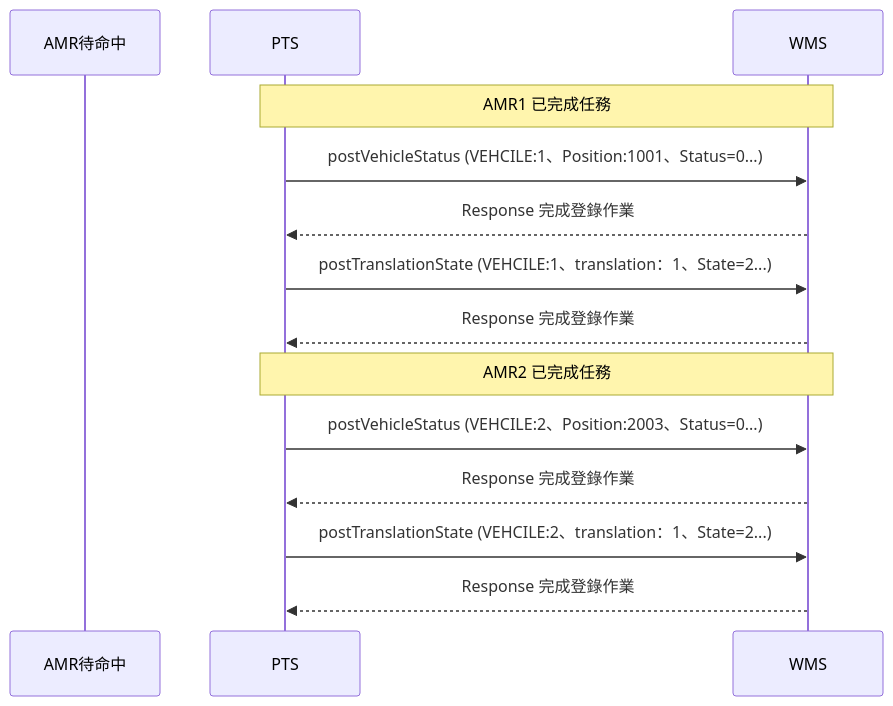
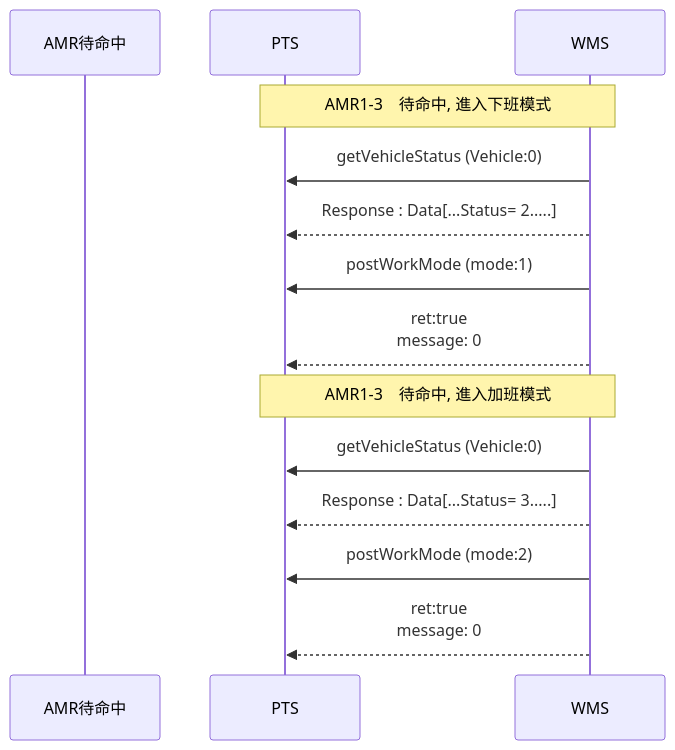
The eighth of 9 diagrams in README.md (athena-tircgo/amr-wms-lsj), drawn with Mermaid before and after one commit. The commit also changed other lines of this file, not shown here.

````diff
--- a/README.md
+++ b/README.md
@@ -434,19 +444,22 @@
 ```mermaid
 sequenceDiagram
     participant AMR待命中
     participant PTS
     participant WMS
 
-note over PTS,WMS: AMR1 已完成任務
-     PTS->>WMS: postVehicleStatus (VEHCILE:1、Position:1001、Status=0...)
-     WMS-->>PTS:Response 完成登錄作業
-     PTS->>WMS: postTranslationState (VEHCILE:1、translation：1、State=2...)
-     WMS-->>PTS:Response 完成登錄作業
+note over PTS,WMS: AMR1-3　待命中, 進入下班模式
 
-note over PTS,WMS: AMR2 已完成任務
-     PTS->>WMS: postVehicleStatus (VEHCILE:2、Position:2003、Status=0...)
-     WMS-->>PTS:Response 完成登錄作業
-     PTS->>WMS: postTranslationState (VEHCILE:2、translation：1、State=2...)
-     WMS-->>PTS:Response 完成登錄作業
+     WMS->>PTS:getVehicleStatus (Vehicle:0)
+     WMS-->>PTS : Response :  Data[...Status= 2.....]
 
+     WMS->>PTS: postWorkMode (mode:1)
+     WMS-->>PTS : ret:true <br> message: 0
+
+
+note over PTS,WMS:  AMR1-3　待命中, 進入加班模式
+　　　WMS->>PTS:getVehicleStatus (Vehicle:0)
+     WMS-->>PTS : Response :  Data[...Status= 3.....]
+
+     WMS->>PTS: postWorkMode (mode:2)
+     WMS-->>PTS : ret:true <br> message: 0
 ```
````
